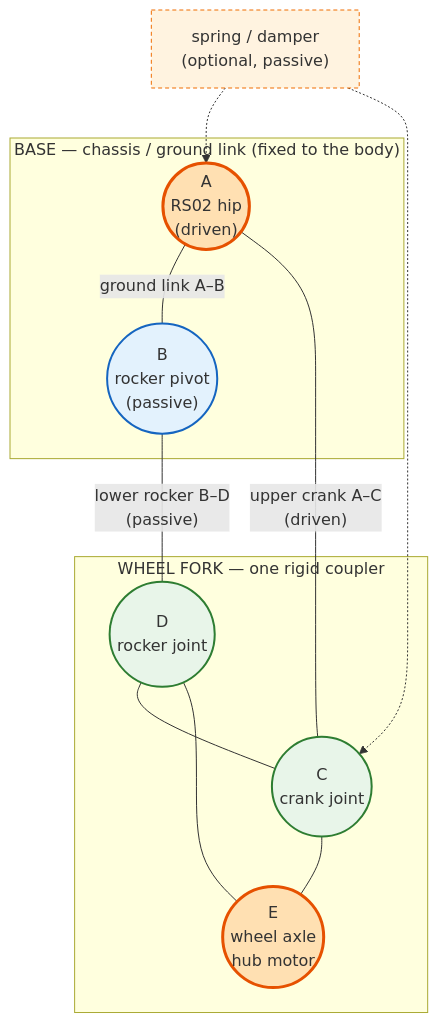
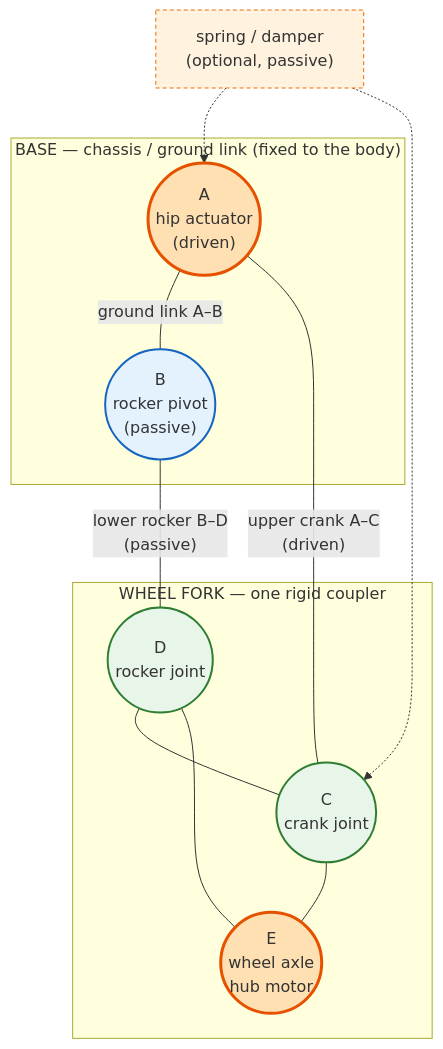
The diagram in docs/architecture.md (fobaty/jbot), drawn with Mermaid before and after one commit. The commit also changed other lines of this file and 9 other files, not shown here.

````diff
--- a/docs/architecture.md
+++ b/docs/architecture.md
@@ -47,32 +76,32 @@
 ```mermaid
 flowchart TB
     subgraph BASE["BASE — chassis / ground link (fixed to the body)"]
-        A(("A<br/>RS02 hip<br/>(driven)"))
+        A(("A<br/>hip actuator<br/>(driven)"))
         B(("B<br/>rocker pivot<br/>(passive)"))
         A ---|"ground link A–B"| B
     end
 
     subgraph FORK["WHEEL FORK — one rigid coupler"]
         C(("C<br/>crank joint"))
         D(("D<br/>rocker joint"))
         E(("E<br/>wheel axle<br/>hub motor"))
         C --- E
         E --- D
         D --- C
     end
 
     A ---|"upper crank A–C<br/>(driven)"| C
     B ---|"lower rocker B–D<br/>(passive)"| D
 
     S["spring / damper<br/>(optional, passive)"] -.-> A
     S -.-> C
 
     classDef motor fill:#ffe0b2,stroke:#e65100,stroke-width:3px
     classDef base fill:#e3f2fd,stroke:#1565c0,stroke-width:2px
     classDef fork fill:#e8f5e9,stroke:#2e7d32,stroke-width:2px
     classDef spring fill:#fff3e0,stroke:#ef6c00,stroke-dasharray:4 3
     class A,E motor
     class B base
     class C,D fork
     class S spring
 ```
````
